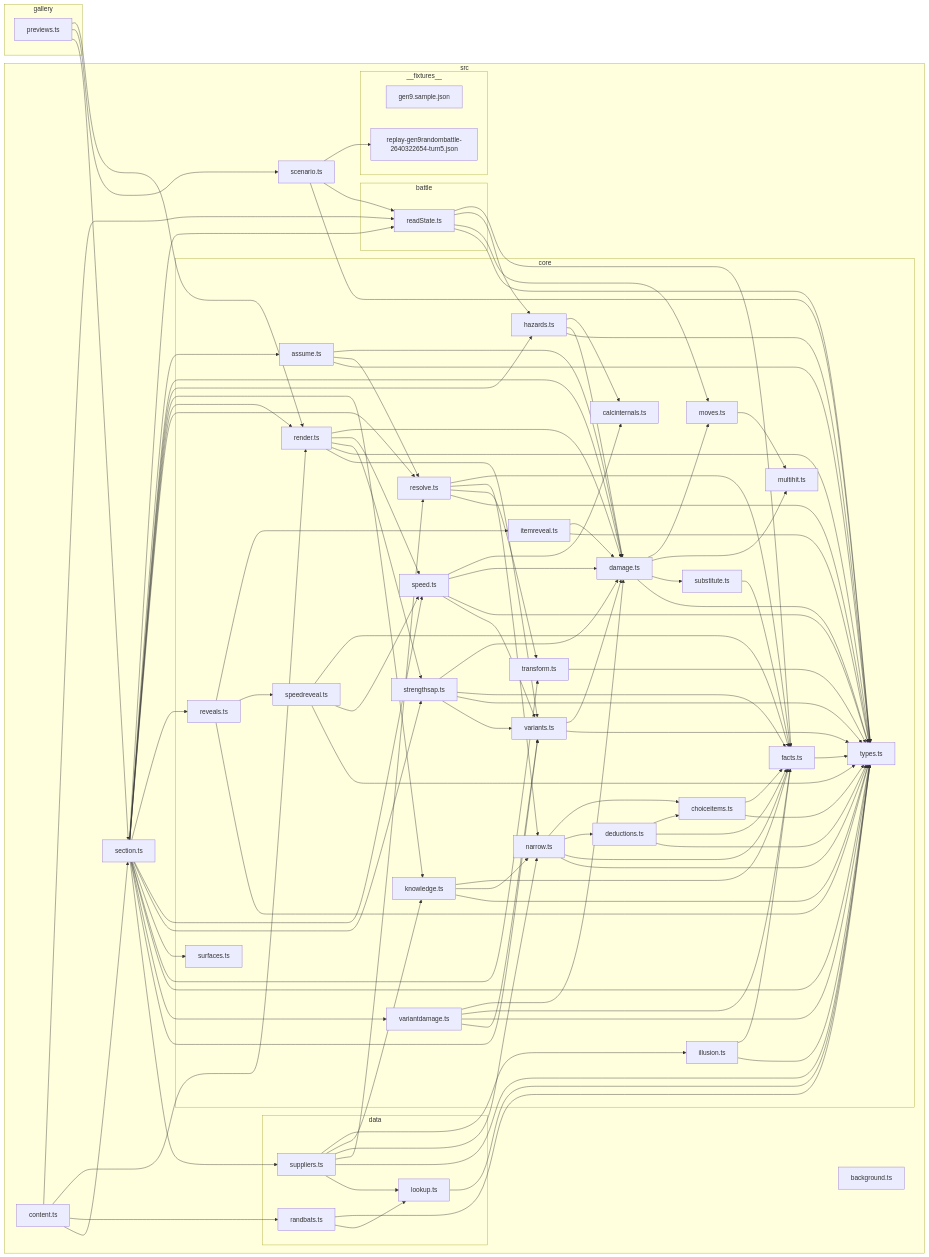
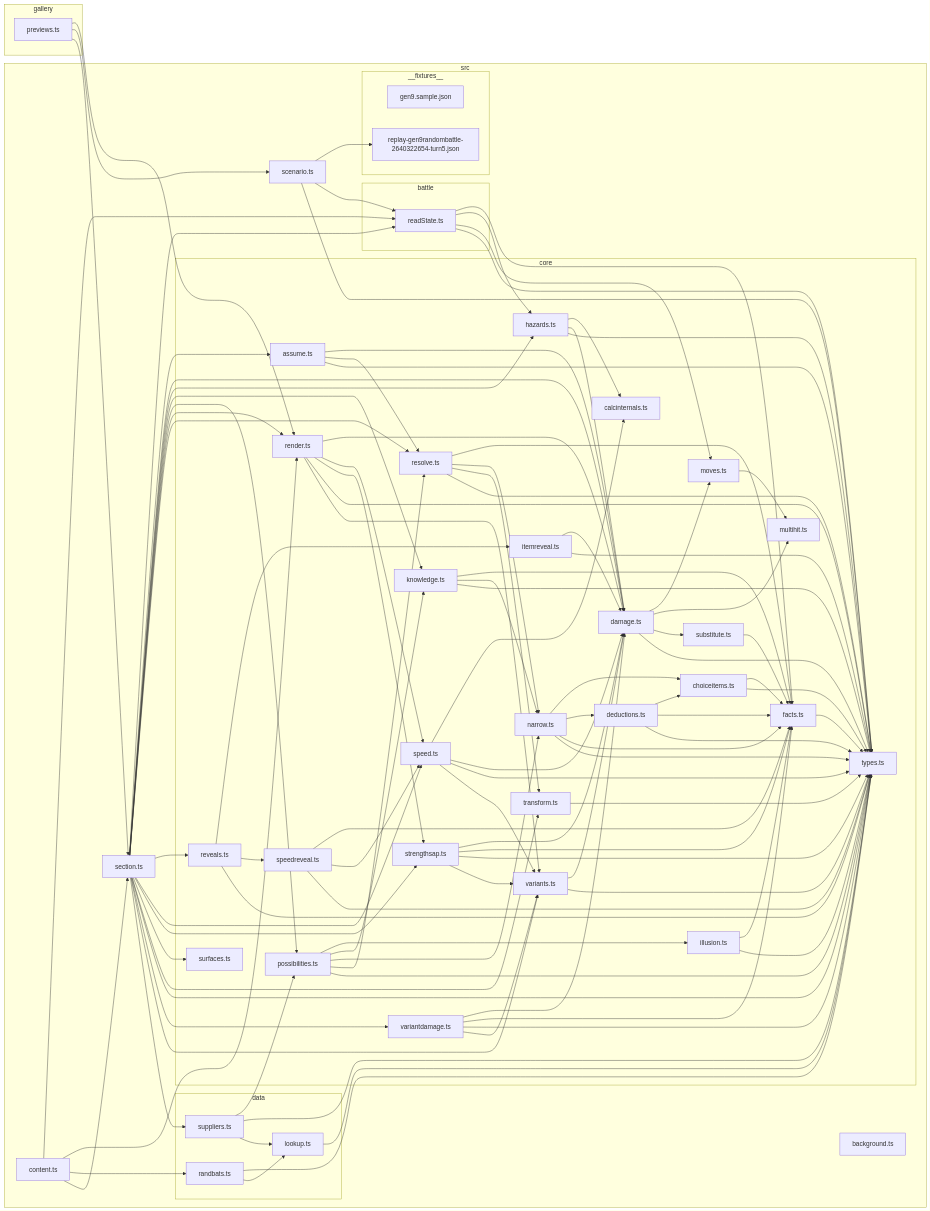
Before and after one commit to seanaujong/hi-chu: the diagram in docs/architecture-graph.md, drawn with Mermaid. The commit also changed other lines of this file and 6 other files, not shown here.

````diff
--- a/docs/architecture-graph.md
+++ b/docs/architecture-graph.md
@@ -40,29 +40,30 @@
 Q["deductions.ts"]
 R["transform.ts"]
 S["knowledge.ts"]
-T["reveals.ts"]
-U["itemreveal.ts"]
-V["speedreveal.ts"]
-W["surfaces.ts"]
-X["variantdamage.ts"]
-10["illusion.ts"]
+T["possibilities.ts"]
+U["illusion.ts"]
+V["reveals.ts"]
+W["itemreveal.ts"]
+X["speedreveal.ts"]
+Y["surfaces.ts"]
+Z["variantdamage.ts"]
 end
 F["scenario.ts"]
 subgraph G["__fixtures__"]
 H["replay-gen9randombattle-2640322654-turn5.json"]
-15["gen9.sample.json"]
+16["gen9.sample.json"]
 end
 subgraph I["battle"]
 J["readState.ts"]
 end
 L["section.ts"]
-subgraph Y["data"]
-Z["suppliers.ts"]
-11["lookup.ts"]
-14["randbats.ts"]
+subgraph 10["data"]
+11["suppliers.ts"]
+12["lookup.ts"]
+15["randbats.ts"]
 end
-12["background.ts"]
-13["content.ts"]
+13["background.ts"]
+14["content.ts"]
 end
 1-->4
 1-->F
@@ -104,17 +105,18 @@
 L-->5
 L-->K
 L-->S
+L-->T
 L-->4
 L-->N
-L-->T
+L-->V
 L-->B
 L-->E
-L-->W
+L-->Y
 L-->R
 L-->A
-L-->X
+L-->Z
 L-->D
-L-->Z
+L-->11
 M-->5
 M-->N
 M-->A
@@ -136,30 +138,32 @@
 S-->O
 S-->A
 T-->U
-T-->V
+T-->S
+T-->O
+T-->N
 T-->A
-U-->5
+U-->9
 U-->A
-V-->9
-V-->B
+V-->W
+V-->X
 V-->A
-X-->5
+W-->5
+W-->A
 X-->9
+X-->B
 X-->A
-X-->D
-Z-->10
-Z-->S
-Z-->O
-Z-->N
+Z-->5
+Z-->9
 Z-->A
-Z-->11
-10-->9
-10-->A
+Z-->D
+11-->T
 11-->A
-13-->J
-13-->4
-13-->14
-13-->L
-14-->A
-14-->11
+11-->12
+12-->A
+14-->J
+14-->4
+14-->15
+14-->L
+15-->A
+15-->12
 ```
````
